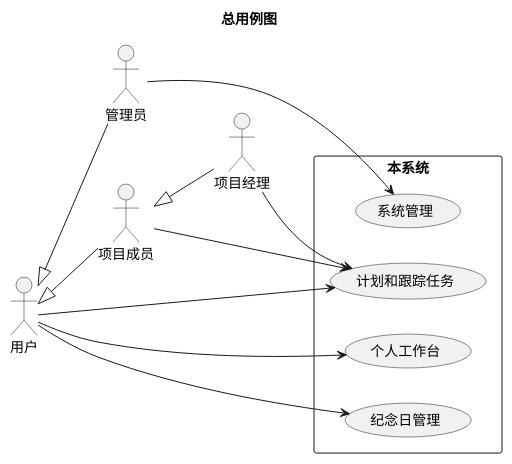
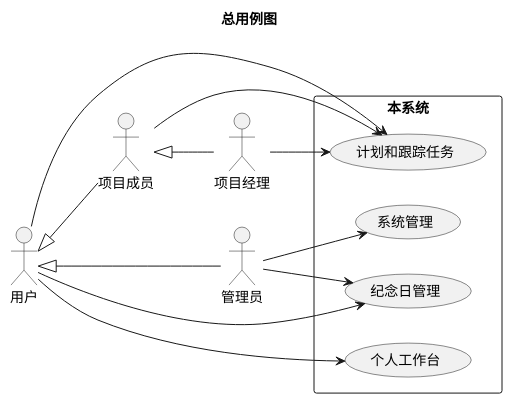
Before and after one commit to LampingSu/ocagents: the second of 6 diagrams in 产品资料/0_需求/ConDili_软件需求规格说明书.md, drawn with PlantUML. The commit also changed other lines of this file and 1 other file, not shown here.

````diff
--- a/产品资料/0_需求/ConDili_软件需求规格说明书.md
+++ b/产品资料/0_需求/ConDili_软件需求规格说明书.md
@@ -43,21 +49,22 @@
 ```plantuml
 @startuml
 title 总用例图
 left to right direction
 actor 用户 as User
 
 User <|-- 管理员
 User <|-- 项目成员
 项目成员 <|-- 项目经理
 
 rectangle "本系统" {
   User --> (个人工作台)
   User --> (计划和跟踪任务)
   User --> (纪念日管理)
   
   管理员 --> (系统管理)
+  管理员 --> (纪念日管理)
   项目成员 --> (计划和跟踪任务)
   项目经理 --> (计划和跟踪任务)
 }
 @enduml
 ```
````
